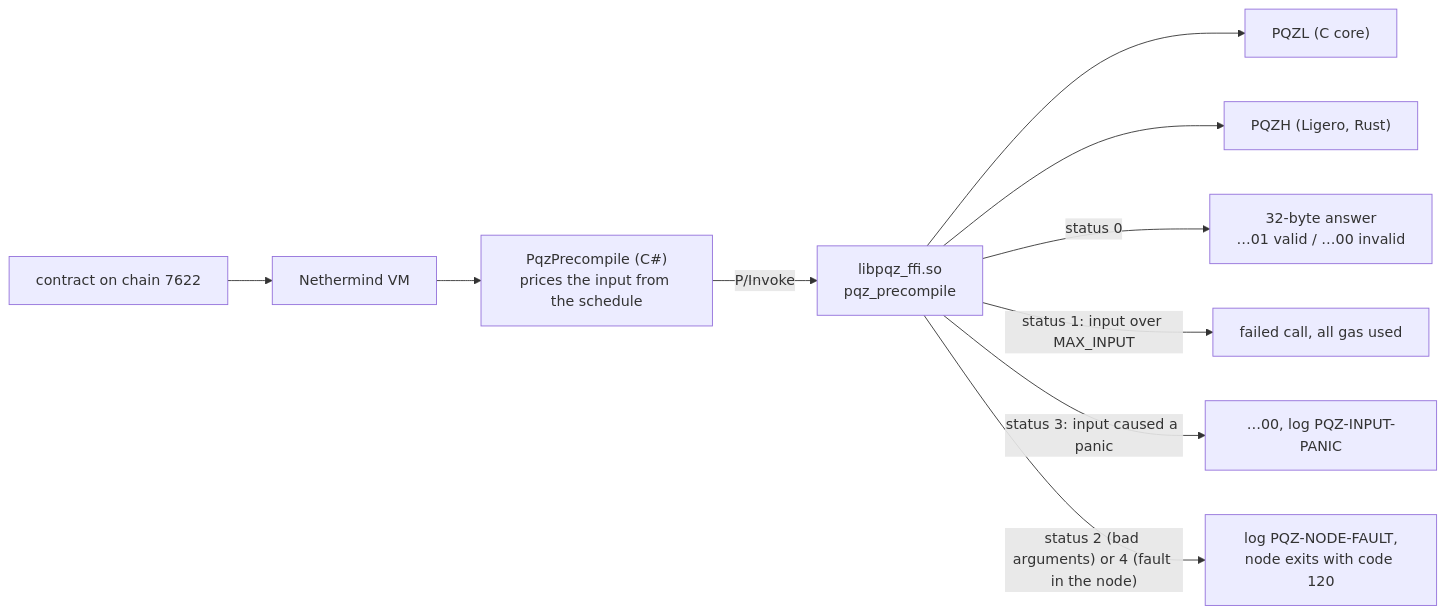
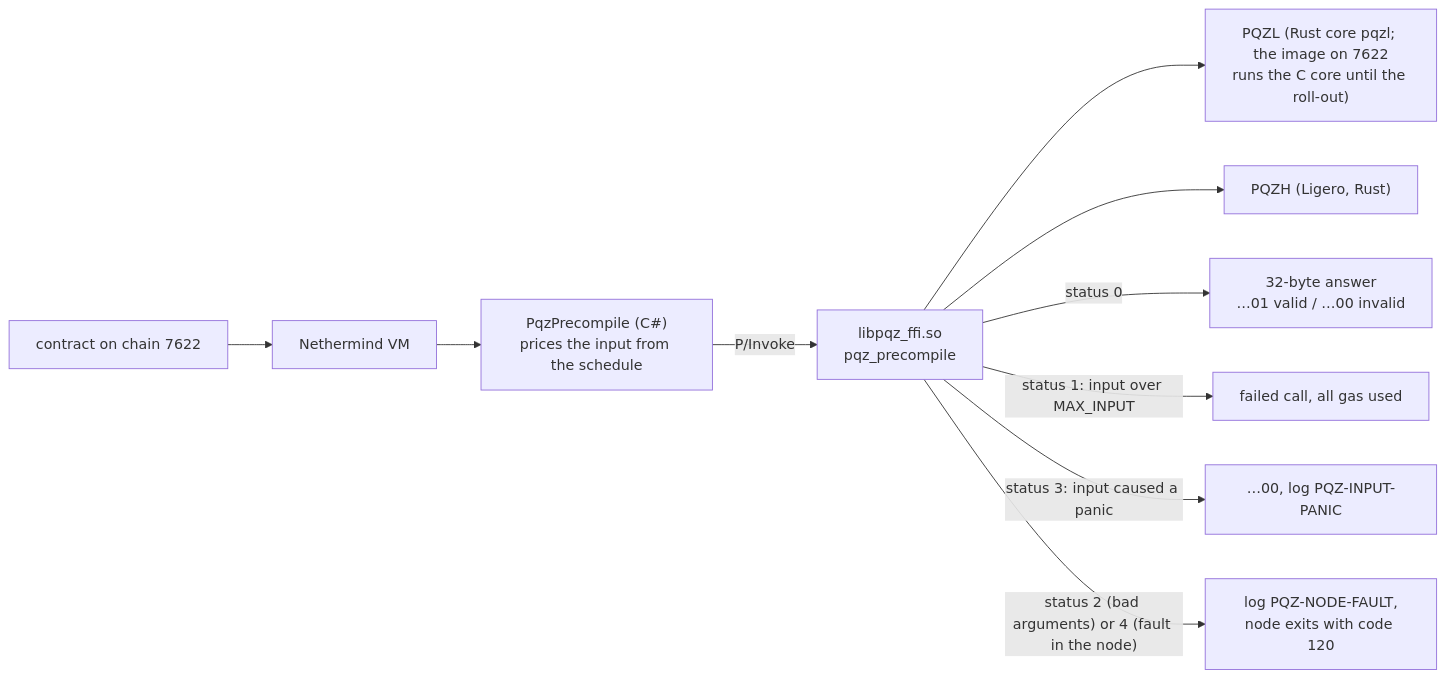
One commit to dinhduongha/scaas changed the first of 2 diagrams in pqz-core/nethermind/README.md. Above: the diagram before and after it, drawn with Mermaid. The commit also changed 36 other files, not shown here.

````diff
--- a/pqz-core/nethermind/README.md
+++ b/pqz-core/nethermind/README.md
@@ -48,12 +48,12 @@
 ```mermaid
 flowchart LR
   C["contract on chain 7622"] --> VM["Nethermind VM"]
   VM --> PQ["PqzPrecompile (C#)<br/>prices the input from the schedule"]
   PQ -->|"P/Invoke"| FFI["libpqz_ffi.so<br/>pqz_precompile"]
-  FFI --> L["PQZL (C core)"]
+  FFI --> L["PQZL (Rust core pqzl; the image on 7622<br/>runs the C core until the roll-out)"]
   FFI --> H["PQZH (Ligero, Rust)"]
   FFI -->|"status 0"| O["32-byte answer<br/>…01 valid / …00 invalid"]
   FFI -->|"status 1: input over MAX_INPUT"| F["failed call, all gas used"]
   FFI -->|"status 3: input caused a panic"| W["…00, log PQZ-INPUT-PANIC"]
   FFI -->|"status 2 (bad arguments) or 4 (fault in the node)"| X["log PQZ-NODE-FAULT,<br/>node exits with code 120"]
 ```
````
